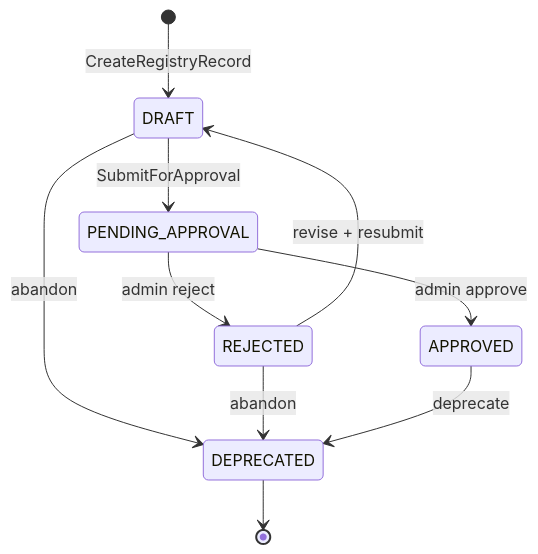
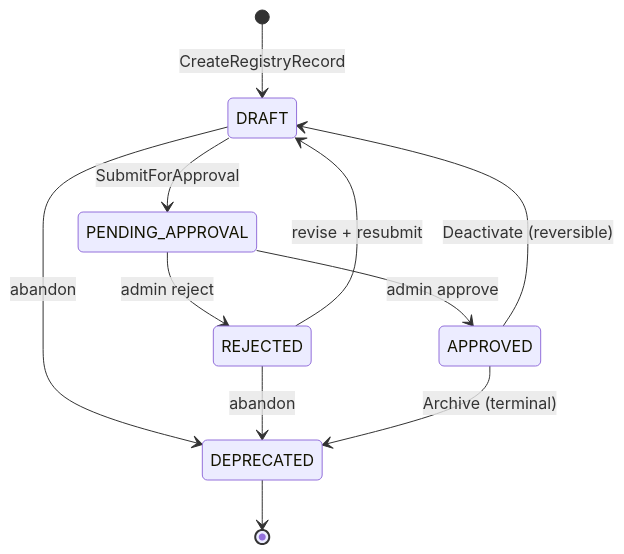
One commit to aws-samples/sample-citadel changed the diagram in docs/AGENT_RECORDS.md. Above: the diagram before and after it, drawn with Mermaid. The commit also changed other lines of this file and 20 other files, not shown here.

Commit message:
feat(registry): make Deactivate reversible by returning approved records to draft and document the full status lifecycle

````diff
--- a/docs/AGENT_RECORDS.md
+++ b/docs/AGENT_RECORDS.md
@@ -182,12 +240,13 @@
 ```mermaid
 stateDiagram-v2
     [*] --> DRAFT: CreateRegistryRecord
     DRAFT --> PENDING_APPROVAL: SubmitForApproval
     DRAFT --> DEPRECATED: abandon
     PENDING_APPROVAL --> APPROVED: admin approve
     PENDING_APPROVAL --> REJECTED: admin reject
     REJECTED --> DRAFT: revise + resubmit
     REJECTED --> DEPRECATED: abandon
-    APPROVED --> DEPRECATED: deprecate
+    APPROVED --> DRAFT: Deactivate (reversible)
+    APPROVED --> DEPRECATED: Archive (terminal)
     DEPRECATED --> [*]
 ```
````
